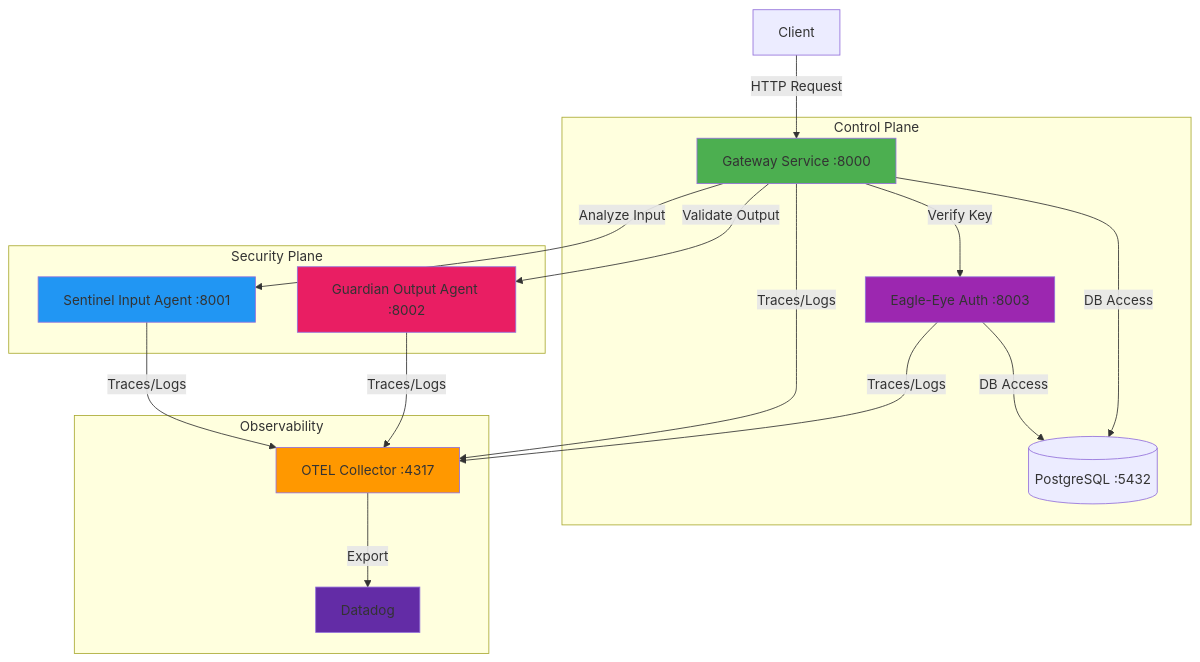
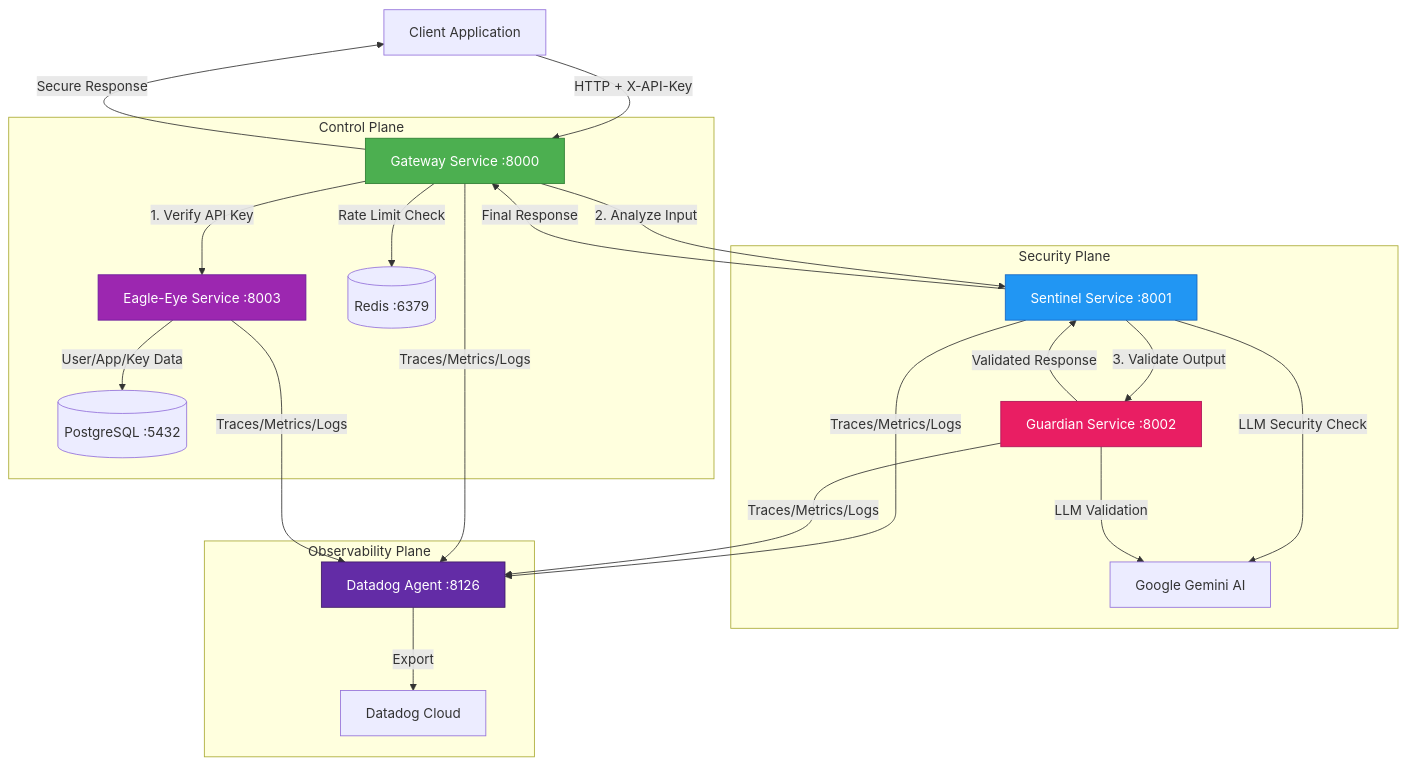
The third of 6 diagrams in README.md (vaisu-bhut/ClestiqShield-AgentCore), drawn with Mermaid before and after one commit. The commit also changed other lines of this file and 3 other files, not shown here.

````diff
--- a/README.md
+++ b/README.md
@@ -86,30 +418,35 @@
 ```mermaid
 graph TB
-    Client[Client] -->|HTTP Request| Gateway[Gateway Service :8000]
+    Client[Client Application] -->|HTTP + X-API-Key| Gateway[Gateway Service :8000]
     
     subgraph "Control Plane"
-        Gateway -->|Verify Key| EagleEye[Eagle-Eye Auth :8003]
-        EagleEye -->|DB Access| DB[(PostgreSQL :5432)]
+        Gateway -->|1. Verify API Key| EagleEye[Eagle-Eye Service :8003]
+        EagleEye -->|User/App/Key Data| DB[(PostgreSQL :5432)]
+        Gateway -->|Rate Limit Check| Redis[(Redis :6379)]
     end
     
     subgraph "Security Plane"
-        Gateway -->|Analyze Input| Sentinel[Sentinel Input Agent :8001]
-        Gateway -->|Validate Output| Guardian[Guardian Output Agent :8002]
-        Gateway -->|DB Access| DB
+        Gateway -->|2. Analyze Input| Sentinel[Sentinel Service :8001]
+        Sentinel -->|LLM Security Check| GeminiAPI[Google Gemini AI]
+        Sentinel -->|3. Validate Output| Guardian[Guardian Service :8002]
+        Guardian -->|LLM Validation| GeminiAPI
     end
     
-    subgraph "Observability"
-        Gateway -->|Traces/Logs| OTEL[OTEL Collector :4317]
-        Sentinel -->|Traces/Logs| OTEL
-        Guardian -->|Traces/Logs| OTEL
-        EagleEye -->|Traces/Logs| OTEL
-        OTEL -->|Export| Datadog[Datadog]
+    subgraph "Observability Plane"
+        Gateway -->|Traces/Metrics/Logs| Datadog[Datadog Agent :8126]
+        Sentinel -->|Traces/Metrics/Logs| Datadog
+        Guardian -->|Traces/Metrics/Logs| Datadog
+        EagleEye -->|Traces/Metrics/Logs| Datadog
+        Datadog -->|Export| DatadogCloud[Datadog Cloud]
     end
+    
+    Guardian -->|Validated Response| Sentinel
+    Sentinel -->|Final Response| Gateway
+    Gateway -->|Secure Response| Client
 
-    style Gateway fill:#4CAF50
-    style EagleEye fill:#9C27B0
-    style Sentinel fill:#2196F3
-    style Guardian fill:#E91E63
-    style OTEL fill:#FF9800
-    style Datadog fill:#632CA6
+    style Gateway fill:#4CAF50,stroke:#2E7D32,color:#fff
+    style EagleEye fill:#9C27B0,stroke:#6A1B9A,color:#fff
+    style Sentinel fill:#2196F3,stroke:#1565C0,color:#fff
+    style Guardian fill:#E91E63,stroke:#AD1457,color:#fff
+    style Datadog fill:#632CA6,stroke:#3E1B66,color:#fff
 ```
````
